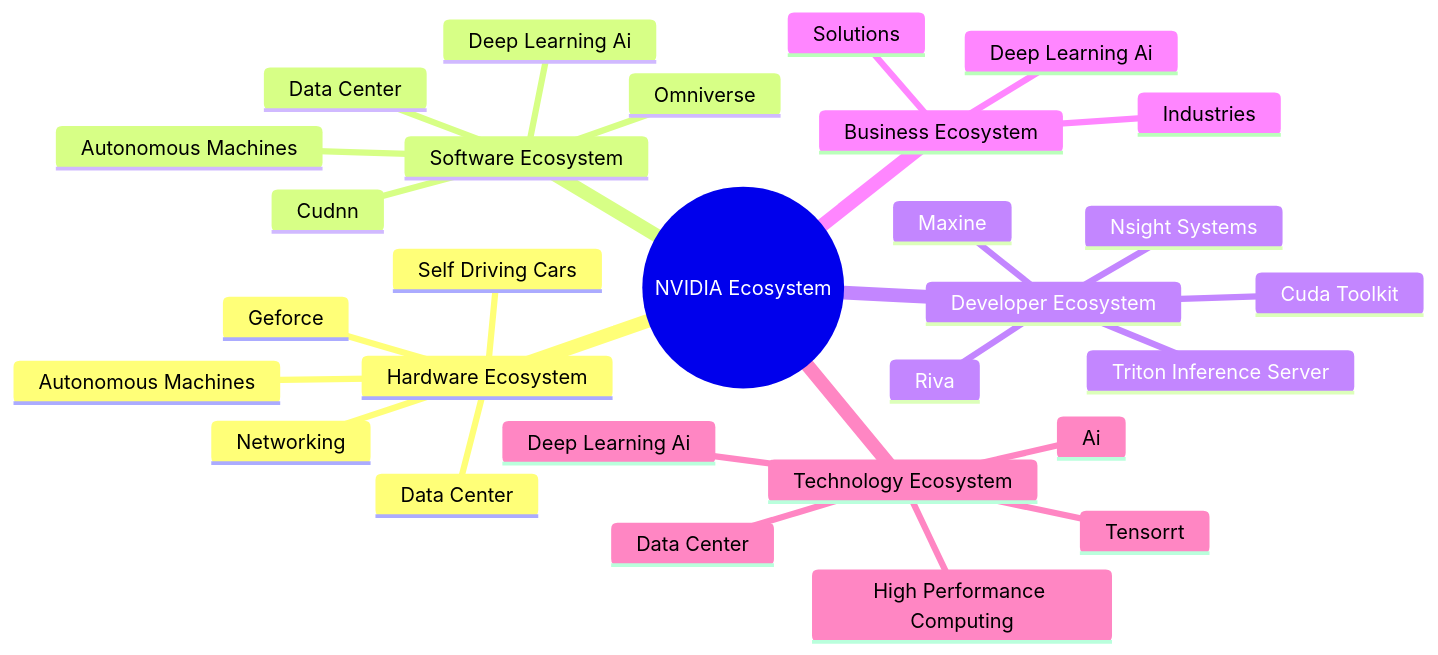
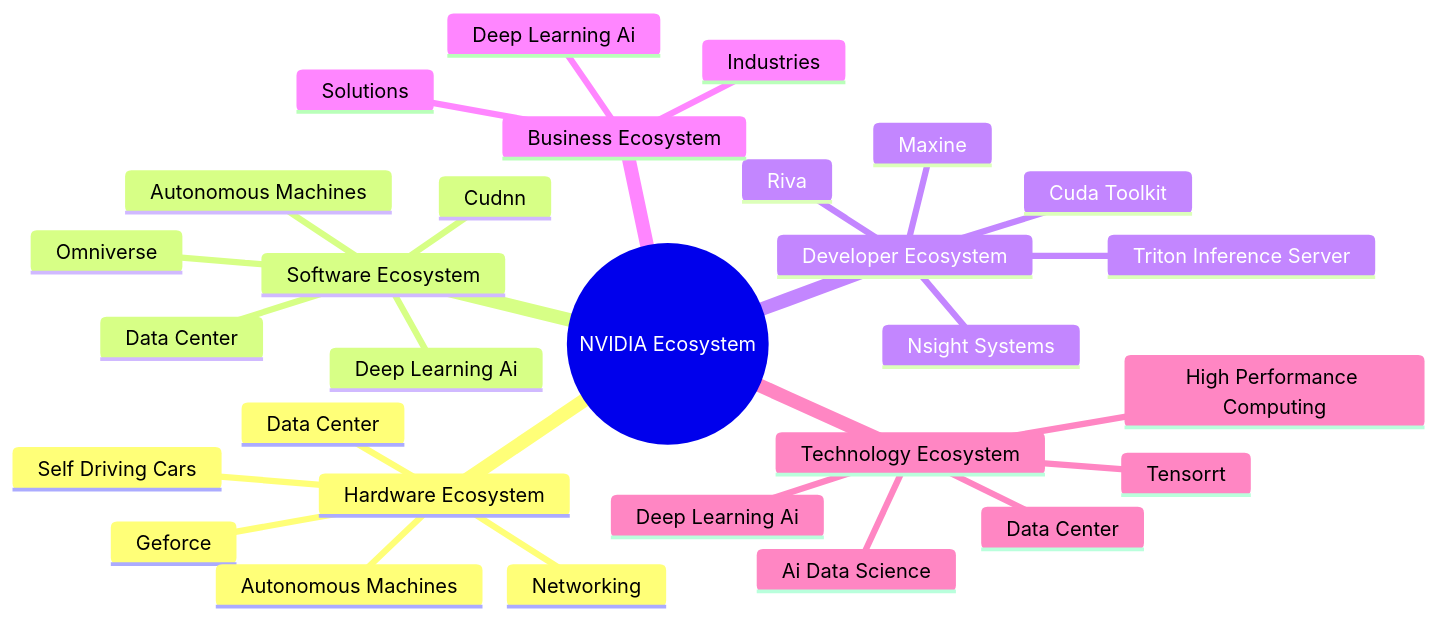
One commit to chenxingqiang/Nvidia-Software-Ecosystem changed the first of 5 diagrams in output/nvidia_ecosystem_diagrams.md. Above: the diagram before and after it, drawn with Mermaid. The commit also changed other lines of this file and 5 other files, not shown here.

````diff
--- a/output/nvidia_ecosystem_diagrams.md
+++ b/output/nvidia_ecosystem_diagrams.md
@@ -7,32 +7,32 @@
 ```mermaid
 mindmap
   root((NVIDIA Ecosystem))
     Hardware Ecosystem
       Geforce
       Data Center
       Networking
       Autonomous Machines
       Self Driving Cars
     Software Ecosystem
       Autonomous Machines
       Deep Learning Ai
       Cudnn
       Omniverse
       Data Center
     Developer Ecosystem
       Cuda Toolkit
       Triton Inference Server
       Maxine
       Riva
       Nsight Systems
     Business Ecosystem
       Deep Learning Ai
       Solutions
       Industries
     Technology Ecosystem
       Data Center
-      Ai
       Deep Learning Ai
       High Performance Computing
       Tensorrt
+      Ai Data Science
 ```
````
